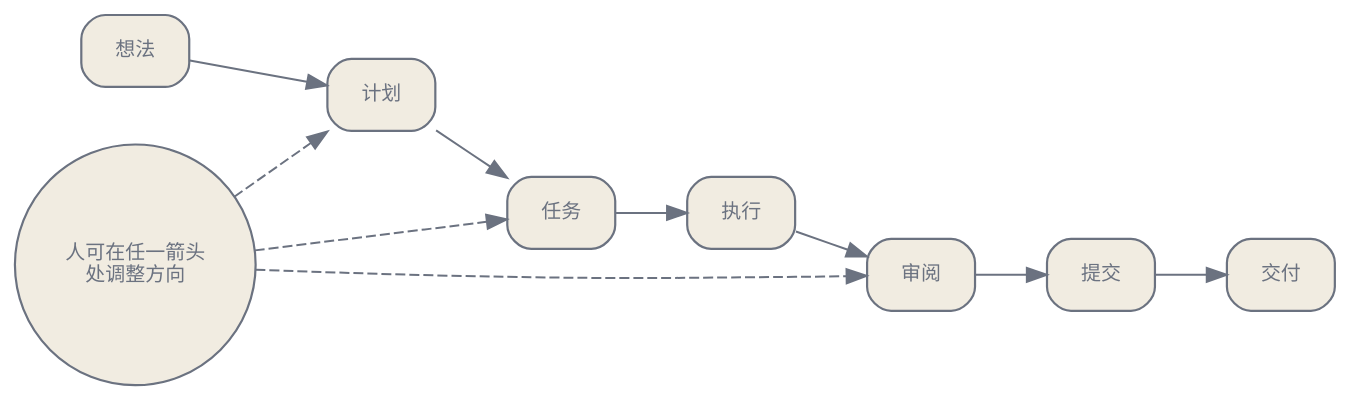
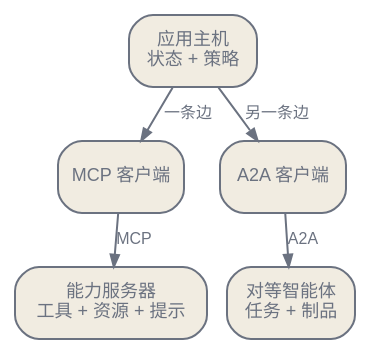
The second of 3 diagrams in zh/ecosystem/03-tooling-ecosystem.qmd (latere-ai/ai-as-an-infrastructure), drawn with Graphviz before and after one commit. The commit also changed other lines of this file and 3 other files, not shown here.

````diff
--- a/zh/ecosystem/03-tooling-ecosystem.qmd
+++ b/zh/ecosystem/03-tooling-ecosystem.qmd
@@ -136,30 +138,24 @@
 ```{dot}
-//| label: fig-tooling-orchestration-pipeline
-//| fig-cap: "编排作为一件显式产物。计划坐落在请求与代码之间，而每一个箭头都是一个人可以停下来调整方向的位置。"
-digraph {
+//| label: fig-tooling-protocols
+//| fig-cap: "MCP 与 A2A 连接不同的角色。应用主机通过 MCP 客户端访问能力服务器，A2A 客户端则把任务委托给独立运行的对等智能体。发现与消息交换并不提供信任或授权。"
+digraph tooling_protocols {
   bgcolor="transparent";
-  rankdir=LR;
-  nodesep=0.4; ranksep=0.5;
-  node [shape=box, style="rounded,filled", fontname="Helvetica", fontsize=10, color="#6b7280", fontcolor="#6b7280", fillcolor="#f1ece1", penwidth=1.1];
-  edge [fontsize=10, fontname="Helvetica", color="#6b7280", fontcolor="#6b7280"];
-
-  idea [label="想法"];
-  spec [label="计划"];
-  tasks [label="任务"];
-  exec [label="执行"];
-  review [label="审阅"];
-  commit [label="提交"];
-  ship [label="交付"];
-  human [label="人可在任一箭头\n处调整方向", shape=circle];
-
-  idea -> spec;
-  spec -> tasks;
-  tasks -> exec;
-  exec -> review;
-  review -> commit;
-  commit -> ship;
-  human -> spec [style=dashed];
-  human -> tasks [style=dashed];
-  human -> review [style=dashed];
+  rankdir=TB;
+  nodesep=0.14;
+  ranksep=0.25;
+  node [shape=box, style="rounded,filled", fontname="Helvetica", fontsize=9,
+        color="#6b7280", fontcolor="#6b7280", fillcolor="#f1ece1",
+        margin="0.10,0.07"];
+  edge [color="#6b7280", fontcolor="#6b7280", fontname="Helvetica",
+        fontsize=8, arrowsize=0.6];
+  H [label="应用主机\n状态 + 策略"];
+  M [label="MCP 客户端"];
+  S [label="能力服务器\n工具 + 资源 + 提示"];
+  A [label="A2A 客户端"];
+  P [label="对等智能体\n任务 + 制品"];
+  H -> M [label="一条边"];
+  M -> S [label="MCP"];
+  H -> A [label="另一条边"];
+  A -> P [label="A2A"];
 }
 ```
````
